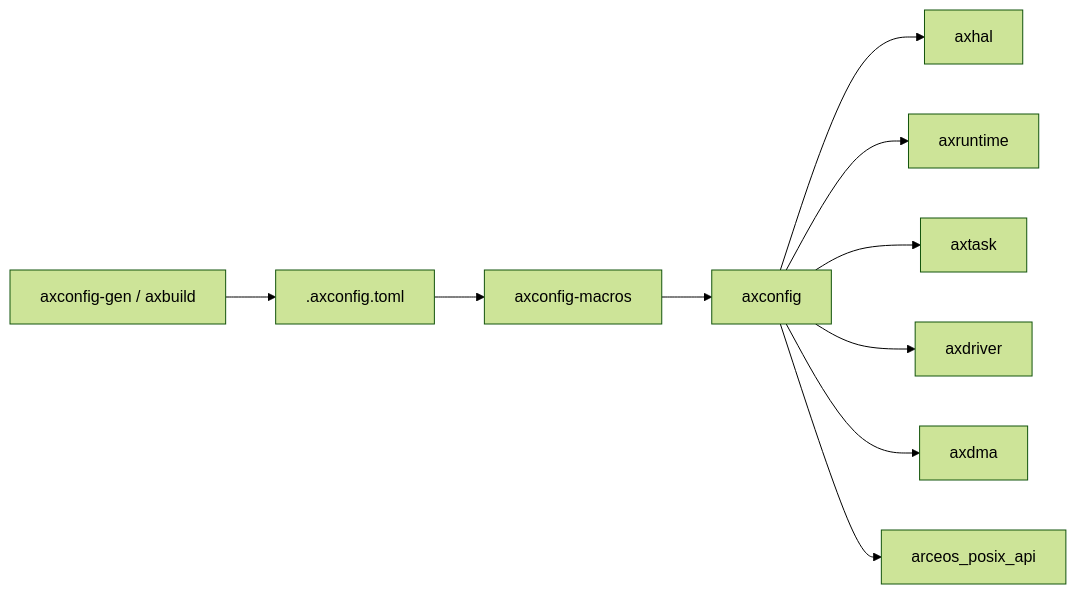
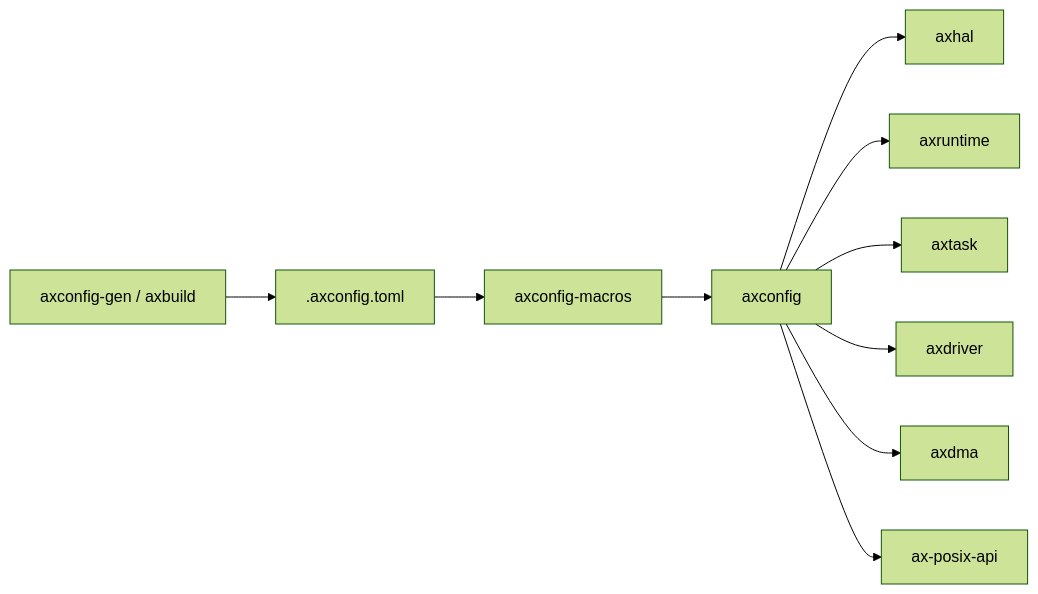
One commit to zKurisu/tgoskits changed the second of 2 diagrams in docs/crates/axconfig.md. Above: the diagram before and after it, drawn with Mermaid (forest theme). The commit also changed other lines of this file and 39 other files, not shown here.

Commit message:
rename arceos_posix_api to ax-posix-api

````diff
--- a/docs/crates/axconfig.md
+++ b/docs/crates/axconfig.md
@@ -92,13 +92,13 @@
 ```mermaid
 graph LR
     gen["axconfig-gen / axbuild"] --> toml[".axconfig.toml"]
     toml --> macros["axconfig-macros"]
     macros --> axconfig["axconfig"]
 
     axconfig --> axhal["axhal"]
     axconfig --> axruntime["axruntime"]
     axconfig --> axtask["axtask"]
     axconfig --> axdriver["axdriver"]
     axconfig --> axdma["axdma"]
-    axconfig --> posix["arceos_posix_api"]
+    axconfig --> posix["ax-posix-api"]
 ```
````
